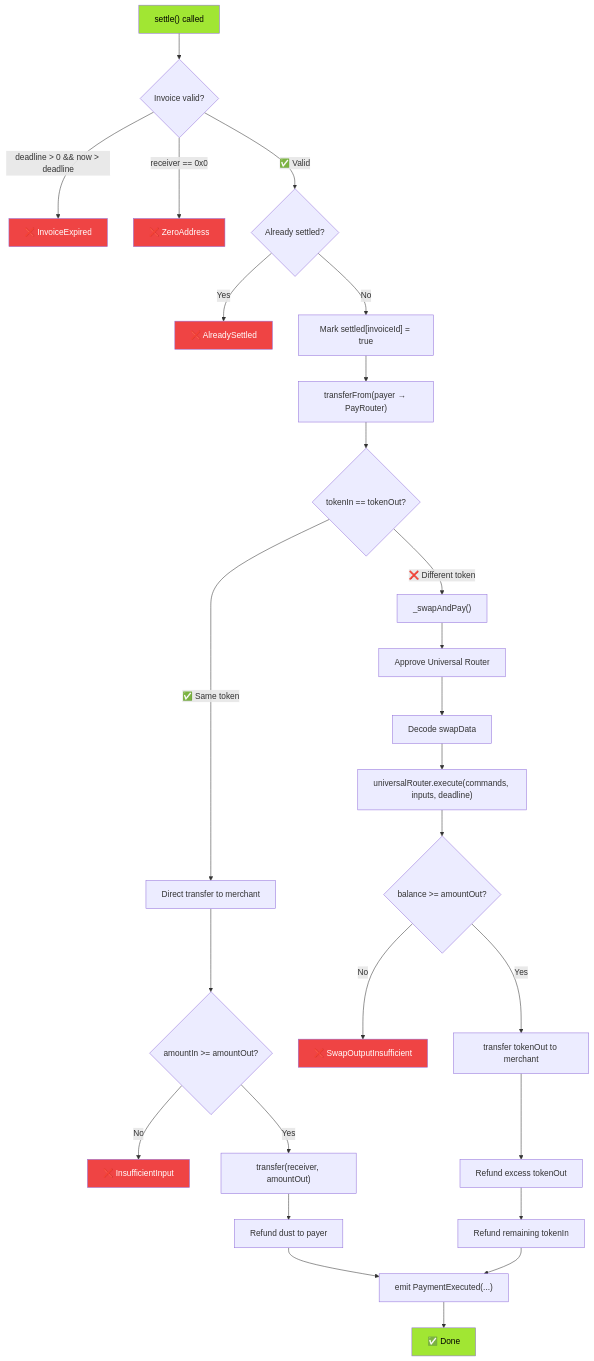
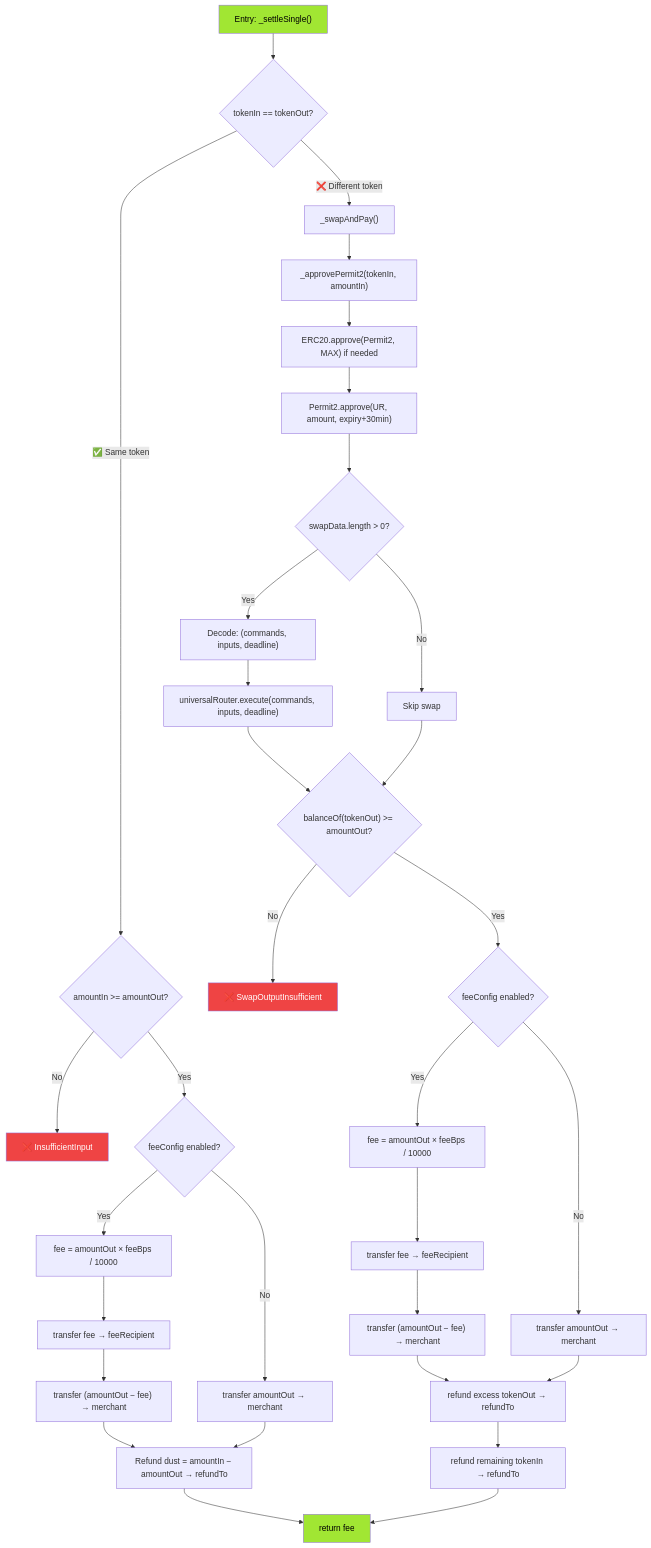
One commit to danelerr/htm-abipago changed the fifth of 11 diagrams in docs/architecture.md. Above: the diagram before and after it, drawn with Mermaid. The commit also changed other lines of this file, not shown here.

Commit message:
add architecture diagrams

````diff
--- a/docs/architecture.md
+++ b/docs/architecture.md
@@ -183,41 +281,42 @@
 ```mermaid
 flowchart TD
-    A["settle() called"] --> B{Invoice valid?}
-    B -->|"deadline > 0 && now > deadline"| ERR1["❌ InvoiceExpired"]
-    B -->|"receiver == 0x0"| ERR2["❌ ZeroAddress"]
-    B -->|"✅ Valid"| C{"Already settled?"}
+    A["Entry: _settleSingle()"] --> B{tokenIn == tokenOut?}
 
-    C -->|"Yes"| ERR3["❌ AlreadySettled"]
-    C -->|"No"| D["Mark settled[invoiceId] = true"]
+    B -->|"✅ Same token"| C{"amountIn >= amountOut?"}
+    C -->|"No"| ERR1["❌ InsufficientInput"]
+    C -->|"Yes"| D{"feeConfig enabled?"}
+    D -->|"Yes"| D1["fee = amountOut × feeBps / 10000"]
+    D1 --> D2["transfer fee → feeRecipient"]
+    D2 --> E["transfer (amountOut − fee) → merchant"]
+    D -->|"No"| E2["transfer amountOut → merchant"]
+    E --> F["Refund dust = amountIn − amountOut → refundTo"]
+    E2 --> F
 
-    D --> E["transferFrom(payer → PayRouter)"]
-    E --> F{"tokenIn == tokenOut?"}
+    B -->|"❌ Different token"| G["_swapAndPay()"]
+    G --> H["_approvePermit2(tokenIn, amountIn)"]
+    H --> H1["ERC20.approve(Permit2, MAX) if needed"]
+    H1 --> H2["Permit2.approve(UR, amount, expiry+30min)"]
+    H2 --> I{"swapData.length > 0?"}
+    I -->|"Yes"| J["Decode: (commands, inputs, deadline)"]
+    J --> K["universalRouter.execute(commands, inputs, deadline)"]
+    I -->|"No"| L["Skip swap"]
+    K --> M{"balanceOf(tokenOut) >= amountOut?"}
+    L --> M
+    M -->|"No"| ERR2["❌ SwapOutputInsufficient"]
+    M -->|"Yes"| N{"feeConfig enabled?"}
+    N -->|"Yes"| N1["fee = amountOut × feeBps / 10000"]
+    N1 --> N2["transfer fee → feeRecipient"]
+    N2 --> O["transfer (amountOut − fee) → merchant"]
+    N -->|"No"| O2["transfer amountOut → merchant"]
+    O --> P["refund excess tokenOut → refundTo"]
+    O2 --> P
+    P --> Q["refund remaining tokenIn → refundTo"]
 
-    F -->|"✅ Same token"| G["Direct transfer to merchant"]
-    G --> H{"amountIn >= amountOut?"}
-    H -->|"No"| ERR4["❌ InsufficientInput"]
-    H -->|"Yes"| I["transfer(receiver, amountOut)"]
-    I --> J["Refund dust to payer"]
-
-    F -->|"❌ Different token"| K["_swapAndPay()"]
-    K --> L["Approve Universal Router"]
-    L --> M["Decode swapData"]
-    M --> N["universalRouter.execute(commands, inputs, deadline)"]
-    N --> O{"balance >= amountOut?"}
-    O -->|"No"| ERR5["❌ SwapOutputInsufficient"]
-    O -->|"Yes"| P["transfer tokenOut to merchant"]
-    P --> Q["Refund excess tokenOut"]
-    Q --> R["Refund remaining tokenIn"]
-
-    J --> S["emit PaymentExecuted(...)"]
-    R --> S
-    S --> T["✅ Done"]
+    F --> R["return fee"]
+    Q --> R
 
     style A fill:#A1E633,color:#000
-    style T fill:#A1E633,color:#000
+    style R fill:#A1E633,color:#000
     style ERR1 fill:#EF4444,color:#fff
     style ERR2 fill:#EF4444,color:#fff
-    style ERR3 fill:#EF4444,color:#fff
-    style ERR4 fill:#EF4444,color:#fff
-    style ERR5 fill:#EF4444,color:#fff
 ```
````
